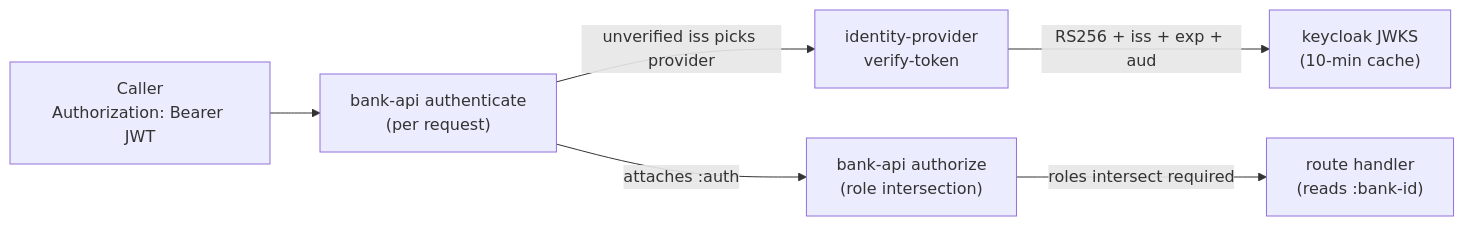
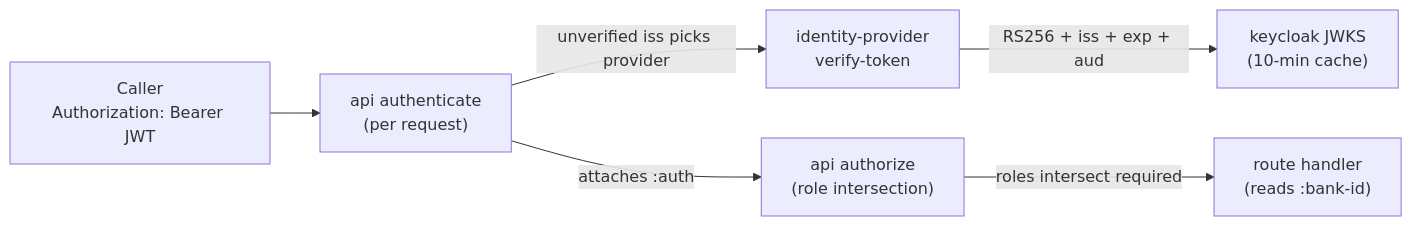
One commit to kjothen/queenswood changed the diagram in docs/tdd/authentication.md. Above: the diagram before and after it, drawn with Mermaid. The commit also changed other lines of this file and 51 other files, not shown here.

````diff
--- a/docs/tdd/authentication.md
+++ b/docs/tdd/authentication.md
@@ -71,15 +71,15 @@
 ```mermaid
 graph LR
     CALLER["Caller<br/>Authorization: Bearer JWT"]
-    AUTHN["bank-api authenticate<br/>(per request)"]
+    AUTHN["api authenticate<br/>(per request)"]
     IDP["identity-provider<br/>verify-token"]
     JWKS["keycloak JWKS<br/>(10-min cache)"]
-    AUTHZ["bank-api authorize<br/>(role intersection)"]
+    AUTHZ["api authorize<br/>(role intersection)"]
     HANDLER["route handler<br/>(reads :bank-id)"]
 
     CALLER --> AUTHN
     AUTHN -->|unverified iss picks provider| IDP
     IDP -->|RS256 + iss + exp + aud| JWKS
     AUTHN -->|attaches :auth| AUTHZ
     AUTHZ -->|roles intersect required| HANDLER
 ```
````
